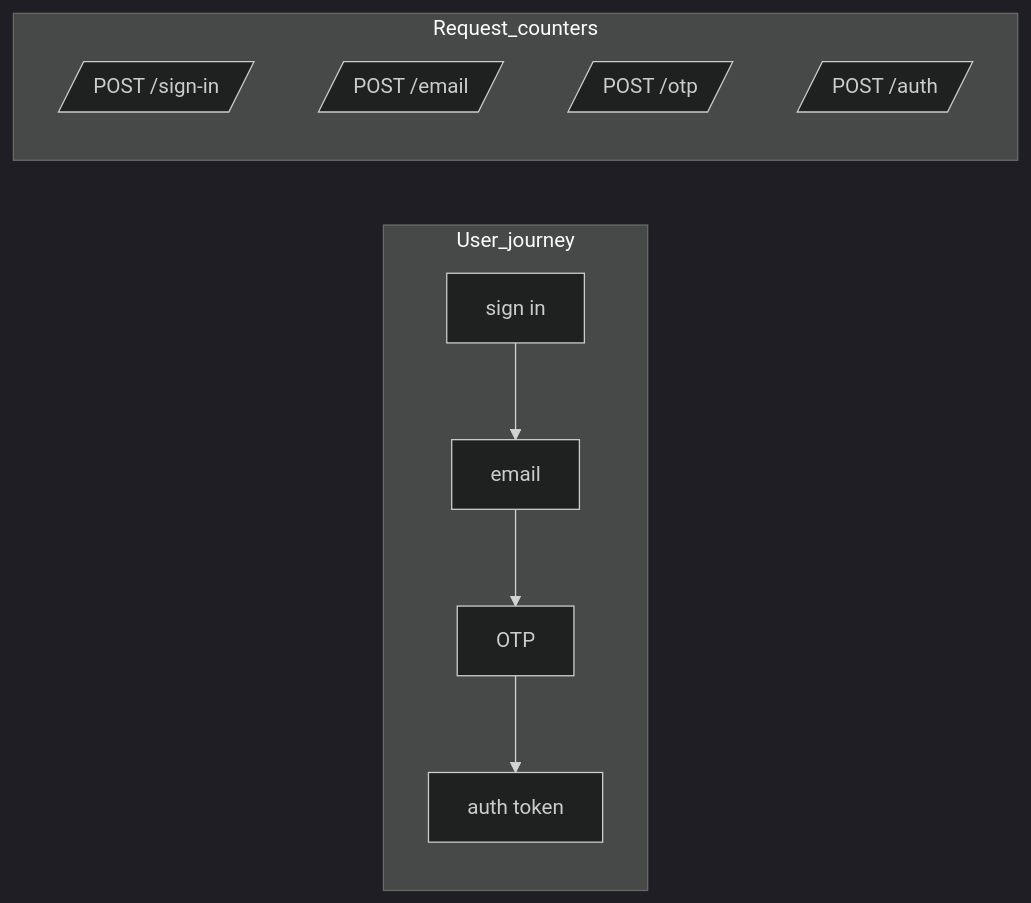
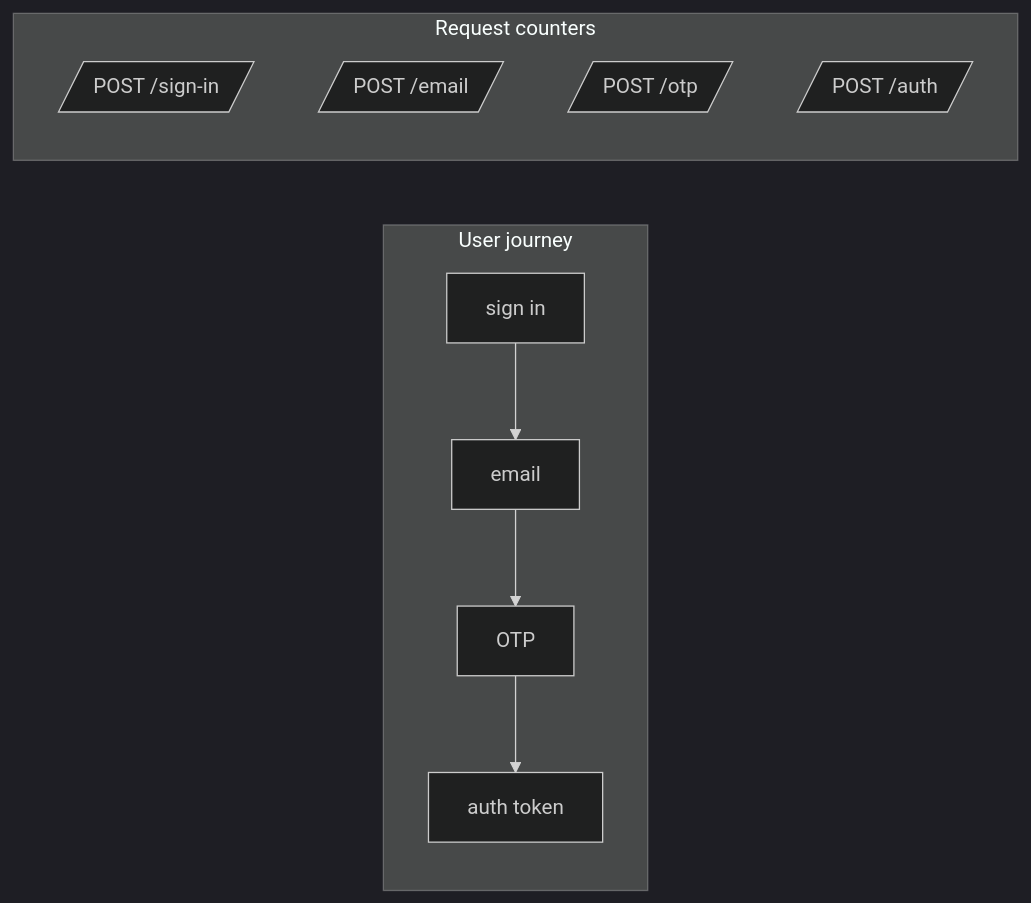
Before and after one commit to arnauio/metrics: the second of 3 diagrams in flows.md, drawn with Mermaid (dark theme). The commit also changed other lines of this file and 12 other files, not shown here.

First line of the commit message:
docs: teach journeys only in flows.md, build chapters on key actions

````diff
--- a/flows.md
+++ b/flows.md
@@ -62,12 +73,12 @@
 ```mermaid
 flowchart LR
-    subgraph User_journey
+    subgraph UJ[User journey]
         SU[sign in] --> SE[email] --> SO[OTP] --> SA[auth token]
     end
-    subgraph Request_counters
+    subgraph RC[Request counters]
         RS[/POST /sign-in/]
         RE[/POST /email/]
         RO[/POST /otp/]
         RA[/POST /auth/]
     end
 ```
````
